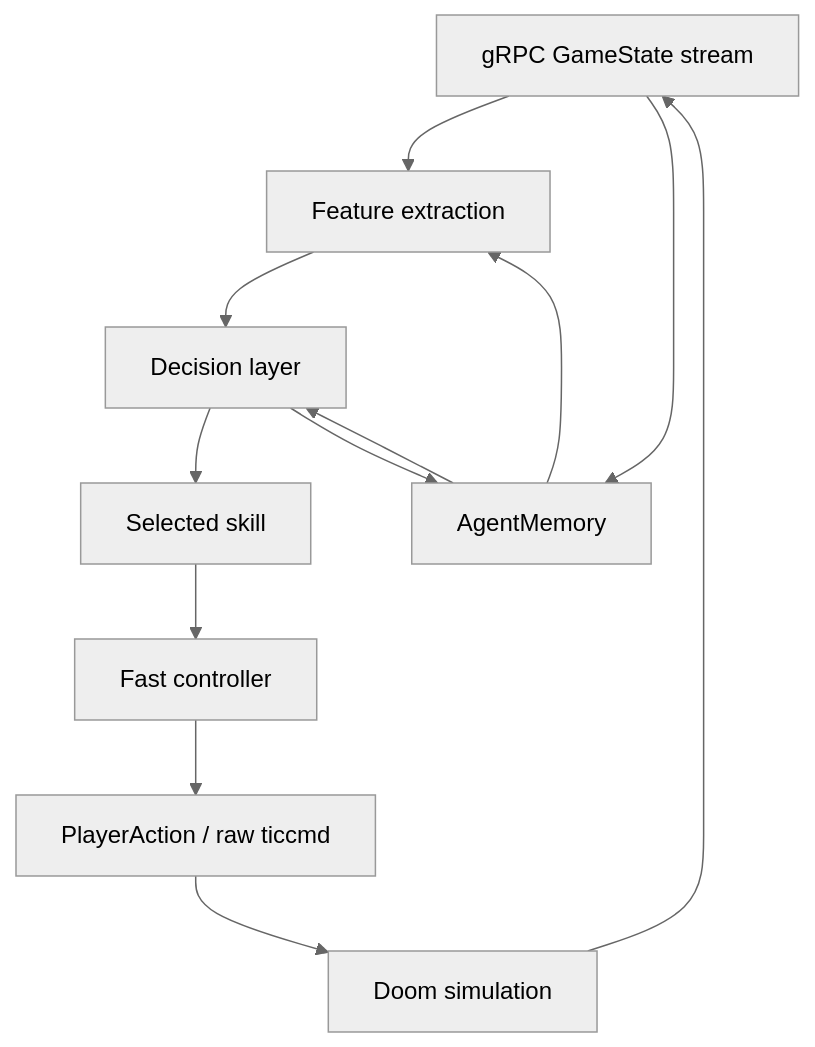
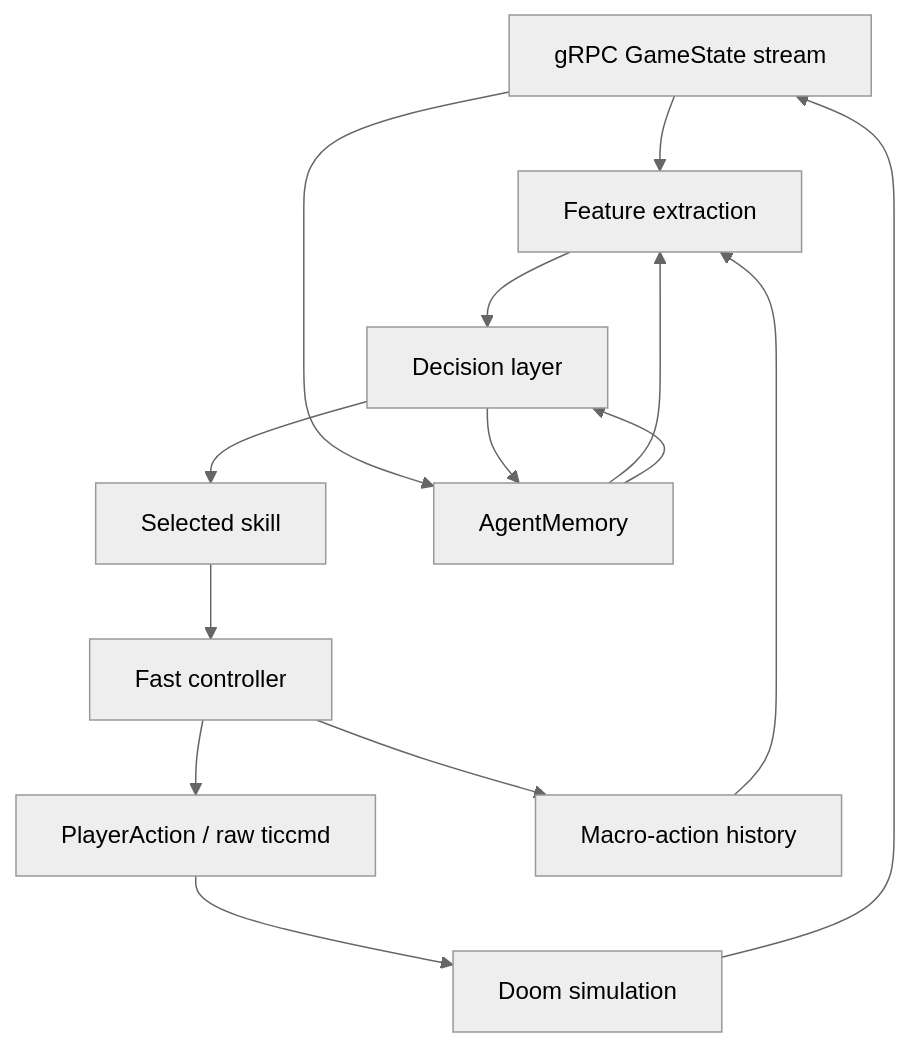
One commit to somoore/restful-doom changed the diagram in docs/agent-learning-architecture.md. Above: the diagram before and after it, drawn with Mermaid (neutral theme). The commit also changed other lines of this file and 14 other files, not shown here.

````diff
--- a/docs/agent-learning-architecture.md
+++ b/docs/agent-learning-architecture.md
@@ -16,15 +16,17 @@
 ```mermaid
 flowchart TD
     State["gRPC GameState stream"] --> Features["Feature extraction"]
     Features --> Decision["Decision layer"]
     Decision --> Skill["Selected skill"]
     Skill --> Controller["Fast controller"]
     Controller --> Action["PlayerAction / raw ticcmd"]
     Action --> Doom["Doom simulation"]
     Doom --> State
 
     State --> Memory["AgentMemory"]
     Decision --> Memory
     Memory --> Features
     Memory --> Decision
+    Controller --> History["Macro-action history"]
+    History --> Features
 ```
````
